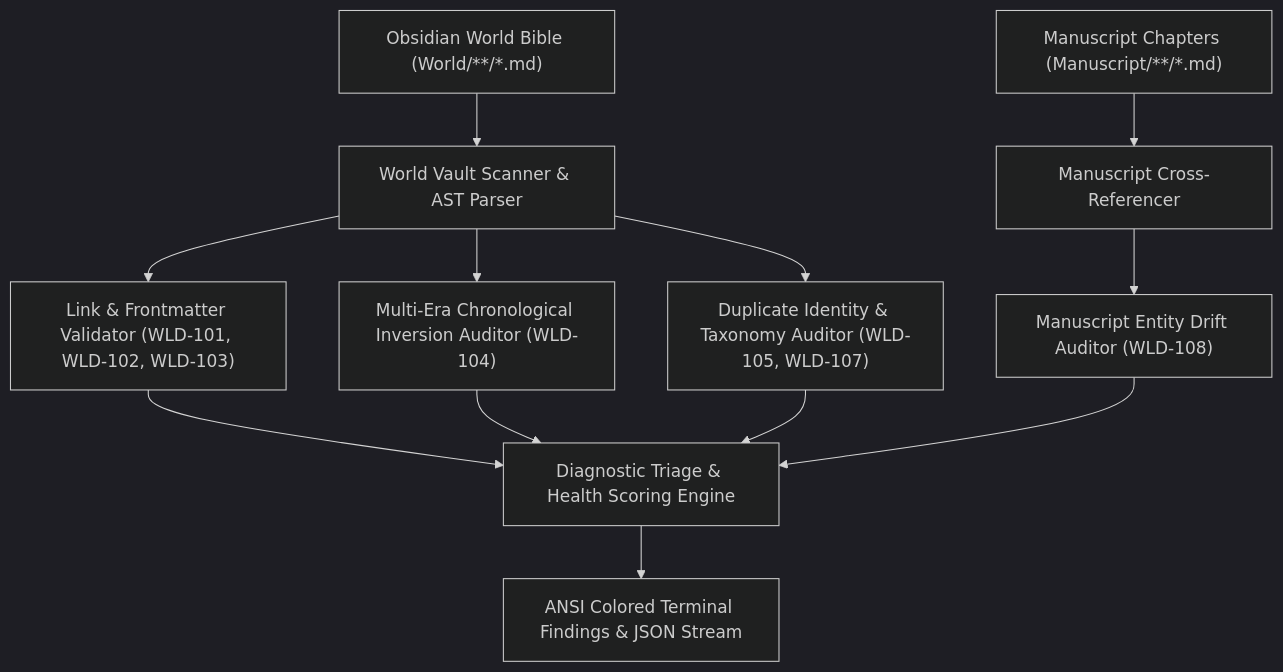
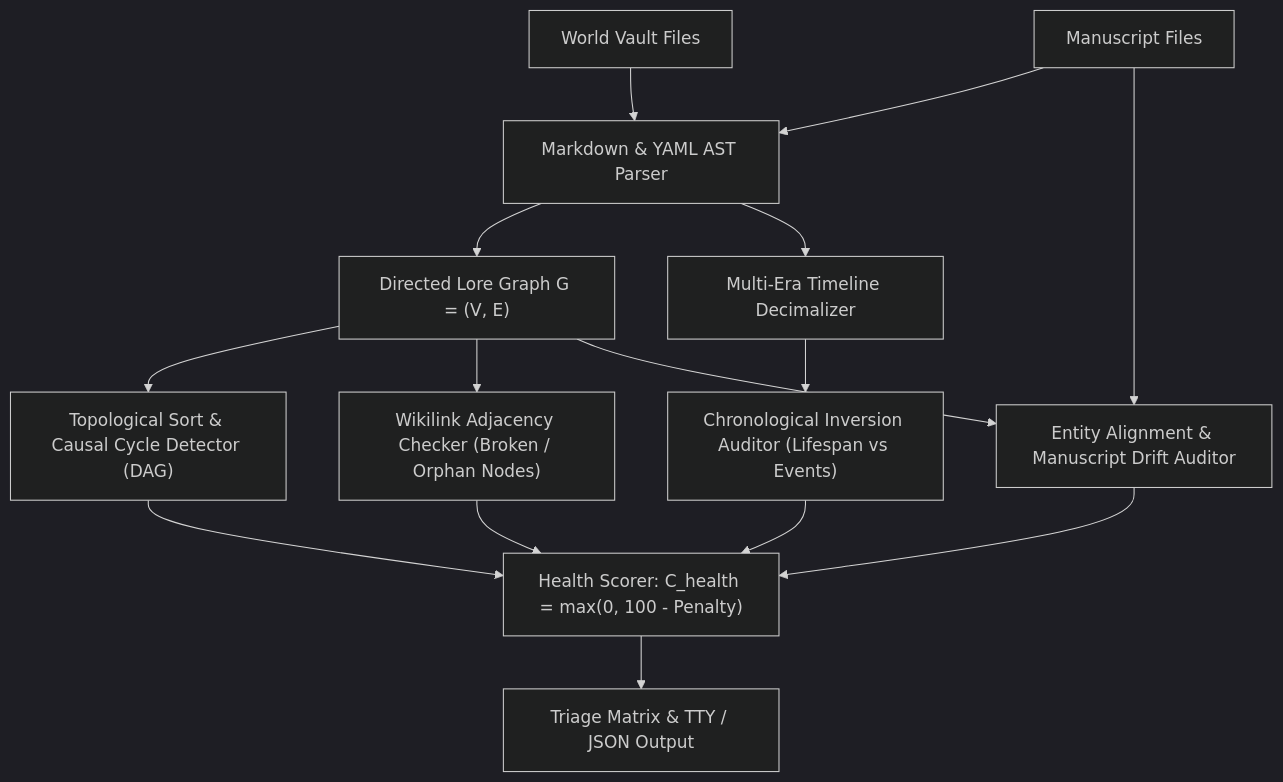
Before and after one commit to aryansinghnagar/Ars-Arcanum: the first of 2 diagrams in docs/WORLD_DOCTOR.md, drawn with Mermaid (dark theme). The commit also changed other lines of this file and 239 other files, not shown here.

First line of the commit message:
feat(v5.0.0): streamline to 47 deterministic engines, zero-pip architecture, and encyclopedic craft references

````diff
--- a/docs/WORLD_DOCTOR.md
+++ b/docs/WORLD_DOCTOR.md
@@ -24,14 +50,16 @@
 ```mermaid
 flowchart TD
-    WorldVault["Obsidian World Bible (World/**/*.md)"] --> Scanner["World Vault Scanner & AST Parser"]
-    Manuscript["Manuscript Chapters (Manuscript/**/*.md)"] --> CrossRef["Manuscript Cross-Referencer"]
+    WorldVault["World Vault Files"] & ManuscriptChapters["Manuscript Files"] --> Parser["Markdown & YAML AST Parser"]
     
-    Scanner --> LinkAudit["Link & Frontmatter Validator (WLD-101, WLD-102, WLD-103)"]
-    Scanner --> ChronoAudit["Multi-Era Chronological Inversion Auditor (WLD-104)"]
-    Scanner --> UniqueAudit["Duplicate Identity & Taxonomy Auditor (WLD-105, WLD-107)"]
+    Parser --> Graph["Directed Lore Graph G = (V, E)"]
+    Graph --> CycleCheck["Topological Sort & Causal Cycle Detector (DAG)"]
+    Graph --> LinkCheck["Wikilink Adjacency Checker (Broken / Orphan Nodes)"]
     
-    CrossRef --> DriftAudit["Manuscript Entity Drift Auditor (WLD-108)"]
+    Parser --> Timeline["Multi-Era Timeline Decimalizer"]
+    Timeline --> ChronoCheck["Chronological Inversion Auditor (Lifespan vs Events)"]
     
-    LinkAudit & ChronoAudit & UniqueAudit & DriftAudit --> TriageEngine["Diagnostic Triage & Health Scoring Engine"]
-    TriageEngine --> CLIFindings["ANSI Colored Terminal Findings & JSON Stream"]
+    ManuscriptChapters & Graph --> DriftCheck["Entity Alignment & Manuscript Drift Auditor"]
+    
+    CycleCheck & LinkCheck & ChronoCheck & DriftCheck --> Scorer["Health Scorer: C_health = max(0, 100 - Penalty)"]
+    Scorer --> Output["Triage Matrix & TTY / JSON Output"]
 ```
````
